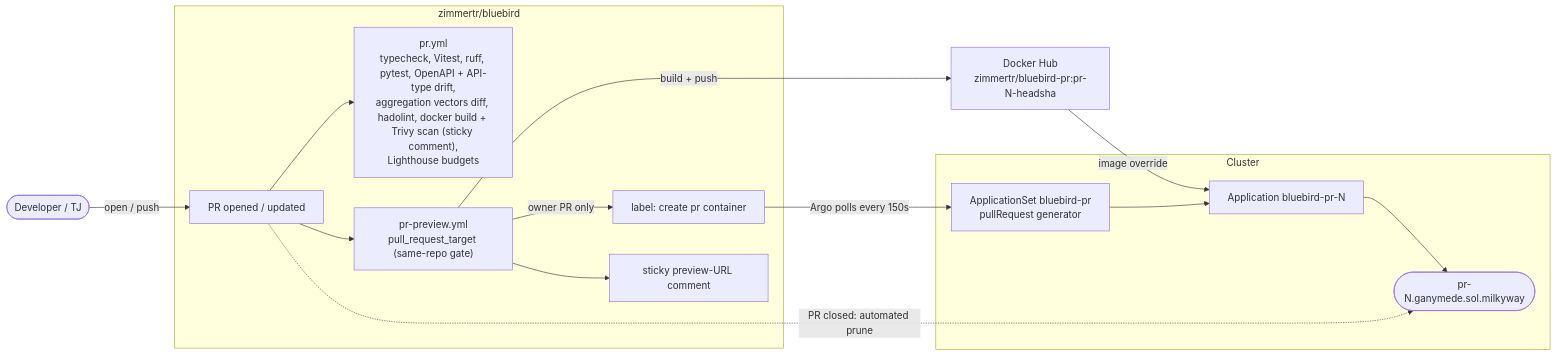
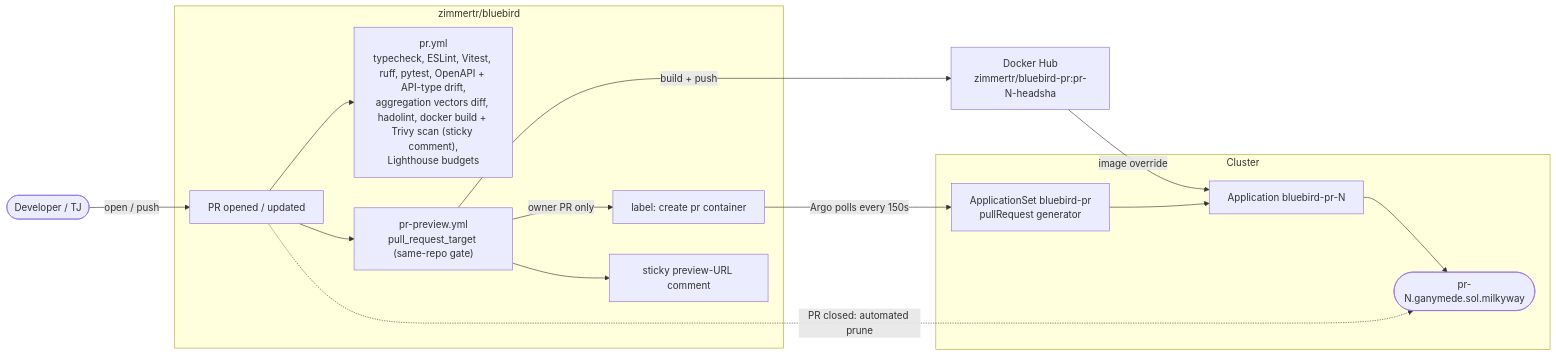
The fourth of 6 diagrams in docs/CICD.md (zimmertr/bluebird), drawn with Mermaid before and after one commit. The commit also changed other lines of this file and 75 other files, not shown here.

First line of the commit message:
ci: lint the frontend with ESLint and configure ruff (#411)

````diff
--- a/docs/CICD.md
+++ b/docs/CICD.md
@@ -659,32 +663,32 @@
 ```mermaid
 flowchart LR
     dev(["Developer / TJ"])
 
     subgraph BB["zimmertr/bluebird"]
         pr["PR opened / updated"]
-        checks["pr.yml<br/>typecheck, Vitest, ruff, pytest, OpenAPI + API-type drift,<br/>aggregation vectors diff, hadolint, docker build + Trivy scan (sticky comment),<br/>Lighthouse budgets"]
+        checks["pr.yml<br/>typecheck, ESLint, Vitest, ruff, pytest, OpenAPI + API-type drift,<br/>aggregation vectors diff, hadolint, docker build + Trivy scan (sticky comment),<br/>Lighthouse budgets"]
         preview["pr-preview.yml<br/>pull_request_target (same-repo gate)"]
         label["label: create pr container"]
         comment["sticky preview-URL comment"]
     end
 
     dhpr["Docker Hub<br/>zimmertr/bluebird-pr:pr-N-headsha"]
 
     subgraph CL["Cluster"]
         appset["ApplicationSet bluebird-pr<br/>pullRequest generator"]
         app["Application bluebird-pr-N"]
         env(["pr-N.ganymede.sol.milkyway"])
     end
 
     dev -->|open / push| pr
     pr --> checks
     pr --> preview
     preview -->|build + push| dhpr
     preview -->|owner PR only| label
     preview --> comment
     label -->|Argo polls every 150s| appset
     appset --> app
     dhpr -->|image override| app
     app --> env
     pr -.->|PR closed: automated prune| env
 ```
````
